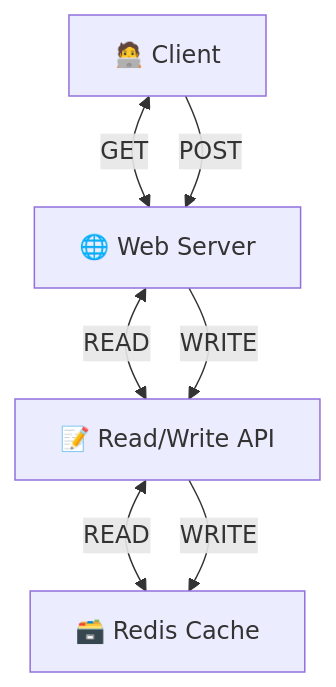
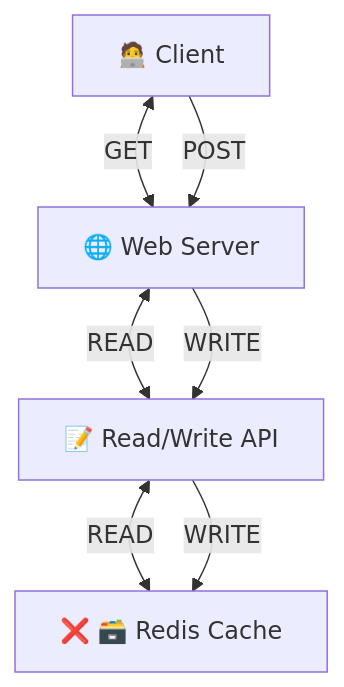
One commit to clockworkpc/simsite changed the second of 13 diagrams in mermaid_demo.md. Above: the diagram before and after it, drawn with Mermaid. The commit also changed other lines of this file, not shown here.

````diff
--- a/mermaid_demo.md
+++ b/mermaid_demo.md
@@ -22,13 +31,13 @@
 ```mermaid
 graph TD
     client[🧑‍💻 Client]
     web[🌐 Web Server]
     client <-->|GET| web
     client -->|POST| web
     readwriteapi[📝 Read/Write API]
     web <-->|READ| readwriteapi
     web -->|WRITE| readwriteapi
-    redis[🗃️ Redis Cache]
+    redis[❌ 🗃️ Redis Cache]
     readwriteapi <-->|READ| redis
     readwriteapi -->|WRITE| redis
 ```
````
